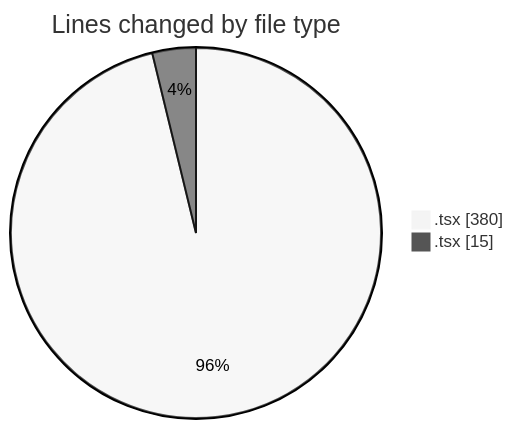
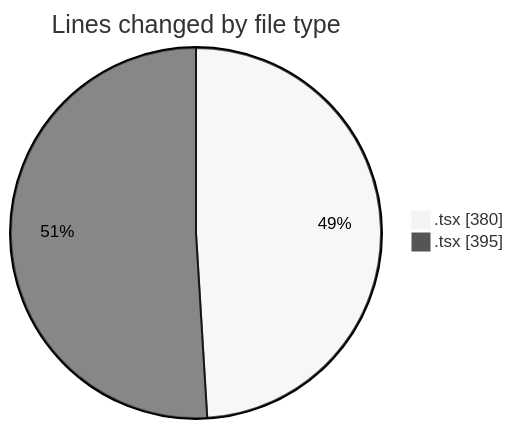
One commit to robertbonfada/code-tracking changed the first of 2 diagrams in 2025-02-06/mbc-web/README.md. Above: the diagram before and after it, drawn with Mermaid (neutral theme). The commit also changed other lines of this file and 1 other file, not shown here.

````diff
--- a/2025-02-06/mbc-web/README.md
+++ b/2025-02-06/mbc-web/README.md
@@ -21,6 +22,6 @@
 ```mermaid
 pie showData
 title Lines changed by file type
 ".tsx " : 380
-".tsx" : 15
+".tsx" : 395
 ```
````
